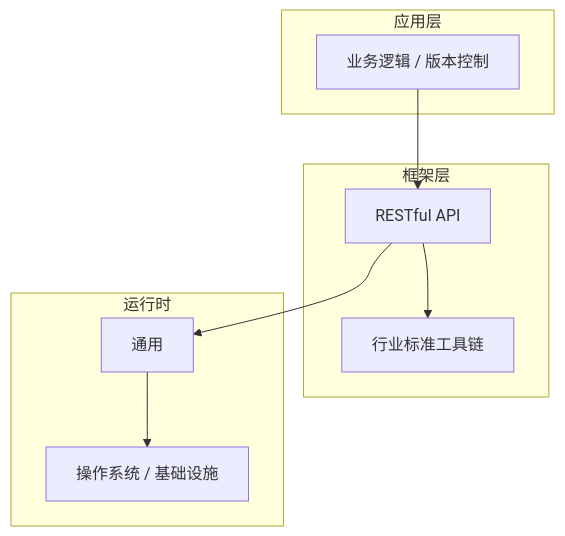
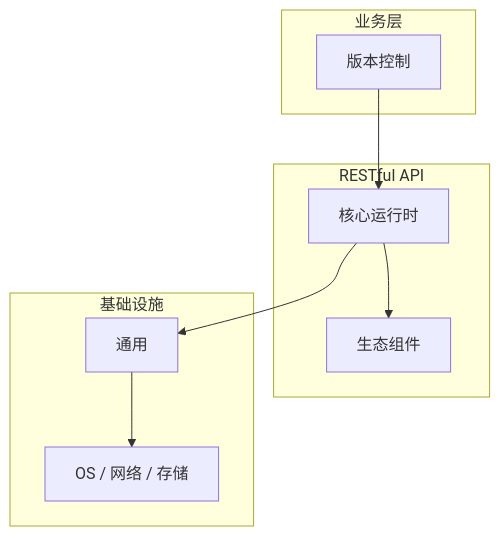
The diagram in articles/RESTful API/chapters/037-版本控制核心概念与原理.md (yanggan2015/knowledge-json-v2), drawn with Mermaid before and after one commit. The commit also changed other lines of this file and 10127 other files, not shown here.

````diff
--- a/articles/RESTful API/chapters/037-版本控制核心概念与原理.md
+++ b/articles/RESTful API/chapters/037-版本控制核心概念与原理.md
@@ -45,18 +34,18 @@
 ```mermaid
 graph TB
-    subgraph 应用层
-        A[业务逻辑 / 版本控制]
+    subgraph 业务层
+        A[版本控制]
     end
-    subgraph 框架层
-        B[RESTful API]
-        C[行业标准工具链]
+    subgraph RESTful API
+        B[核心运行时]
+        C[生态组件]
     end
-    subgraph 运行时
+    subgraph 基础设施
         D[通用]
-        E[操作系统 / 基础设施]
+        E[OS / 网络 / 存储]
     end
     A --> B
     B --> C
     B --> D
     D --> E
 ```
````
